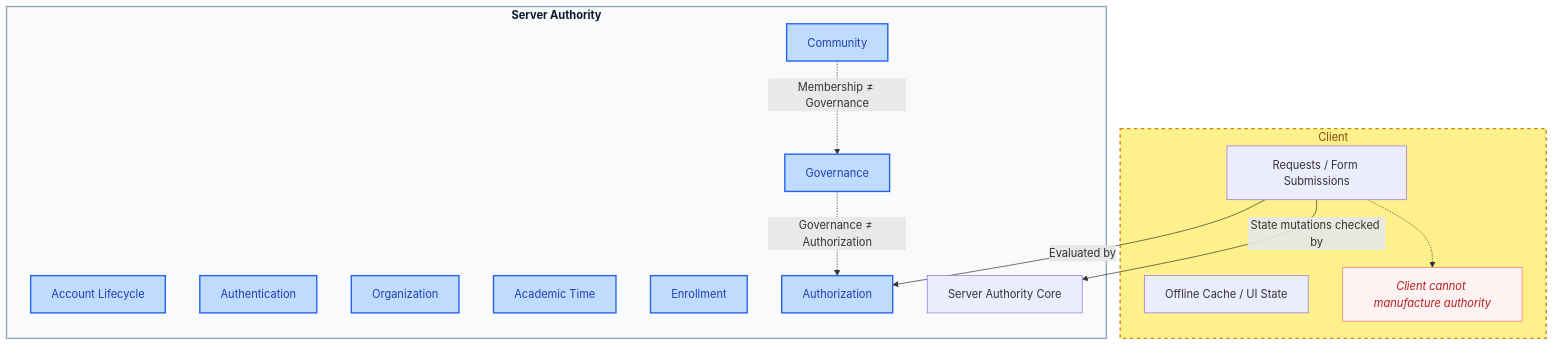
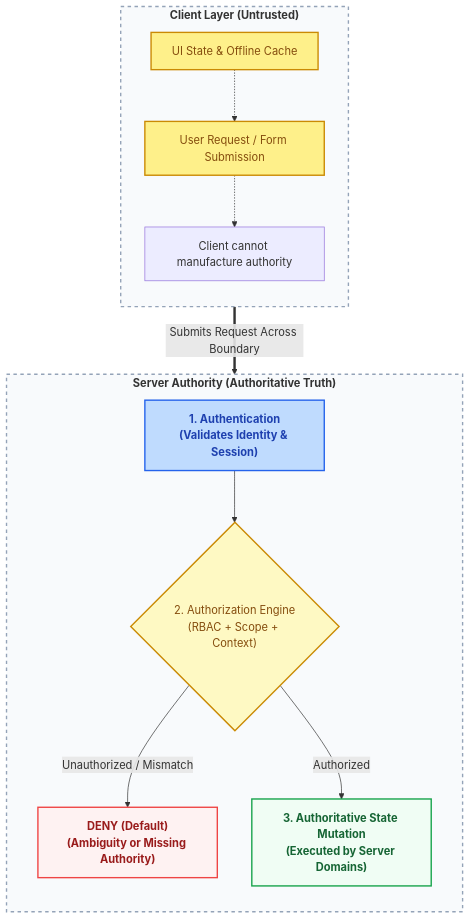
One commit to davidalbertstark-lab/Lenar changed the first of 2 diagrams in docs/foundation/06-decision-and-boundary-map.md. Above: the diagram before and after it, drawn with Mermaid. The commit also changed other lines of this file and 28 other files, not shown here.

Commit message:
docs: system-wide diagram redesign for first-instance comprehension

````diff
--- a/docs/foundation/06-decision-and-boundary-map.md
+++ b/docs/foundation/06-decision-and-boundary-map.md
@@ -7,36 +10,34 @@
 ```mermaid
 flowchart TD
-    classDef client fill:#fef08a,stroke:#ca8a04,stroke-width:2px,color:#854d0e,stroke-dasharray: 5 5
-    classDef server fill:#f8fafc,stroke:#94a3b8,stroke-width:2px,color:#0f172a,font-weight:bold
-    classDef domain fill:#bfdbfe,stroke:#2563eb,stroke-width:2px,color:#1e40af
-    classDef note fill:#fef2f2,stroke:#f87171,stroke-width:1px,color:#b91c1c,font-style:italic
+    classDef client fill:#fef08a,stroke:#ca8a04,stroke-width:2px,color:#854d0e
+    classDef domain fill:#bfdbfe,stroke:#2563eb,stroke-width:2px,color:#1e40af,font-weight:bold
+    classDef decision fill:#fef9c3,stroke:#ca8a04,stroke-width:2px,color:#854d0e
+    classDef allow fill:#f0fdf4,stroke:#16a34a,stroke-width:2px,color:#166534,font-weight:bold
+    classDef deny fill:#fef2f2,stroke:#ef4444,stroke-width:2px,color:#991b1b,font-weight:bold
+    classDef boundary fill:#f8fafc,stroke:#94a3b8,stroke-width:2px,stroke-dasharray: 5 5,font-weight:bold
 
-    subgraph ClientLayer [Client]
-        Req[Requests / Form Submissions]
-        Cache[Offline Cache / UI State]
-        
-        N1[Client cannot manufacture authority]:::note
-        Req -.-> N1
+    subgraph Client ["Client Layer (Untrusted)"]
+        direction TB
+        UI["UI State & Offline Cache"]:::client
+        Req["User Request / Form Submission"]:::client
+        Note["Client cannot manufacture authority"]
+        UI -.-> Req
+        Req -.-> Note
     end
 
-    subgraph ServerLayer [Server Authority]
-        Acc[Account Lifecycle]:::domain
-        Auth[Authentication]:::domain
-        Org[Organization]:::domain
-        Time[Academic Time]:::domain
-        Enr[Enrollment]:::domain
-        Comm[Community]:::domain
-        Gov[Governance]:::domain
-        Authz[Authorization]:::domain
-        ServerCore[Server Authority Core]
-        
-        Comm -.->|Membership ≠ Governance| Gov
-        Gov -.->|Governance ≠ Authorization| Authz
+    subgraph Server ["Server Authority (Authoritative Truth)"]
+        direction TB
+        Authn["1. Authentication<br/>(Validates Identity & Session)"]:::domain
+        Authz{"2. Authorization Engine<br/>(RBAC + Scope + Context)"}:::decision
+        Deny["DENY (Default)<br/>(Ambiguity or Missing Authority)"]:::deny
+        Mutate["3. Authoritative State Mutation<br/>(Executed by Server Domains)"]:::allow
+
+        Authn --> Authz
+        Authz -->|"Unauthorized / Mismatch"| Deny
+        Authz -->|"Authorized"| Mutate
     end
-    
-    Req -->|Evaluated by| Authz
-    Req -->|State mutations checked by| ServerCore
-    
-    class ClientLayer client;
-    class ServerLayer server;
+
+    Req ==>|"Submits Request Across Boundary"| Authn
+
+    class Client,Server boundary;
 ```
````
